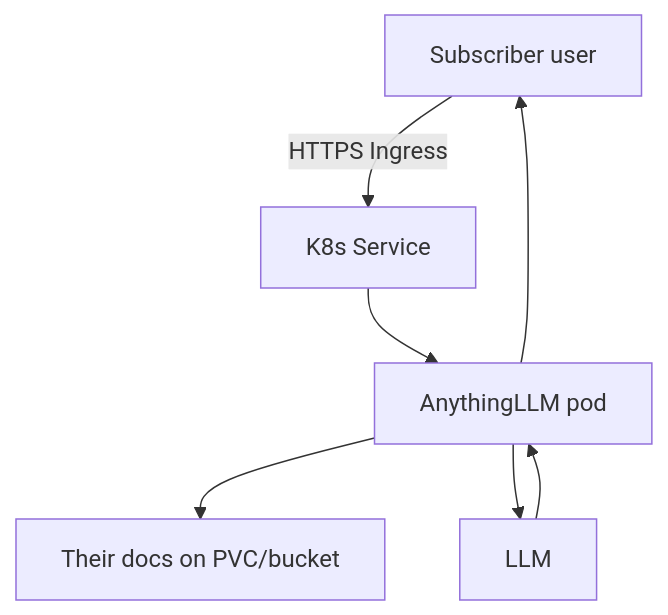
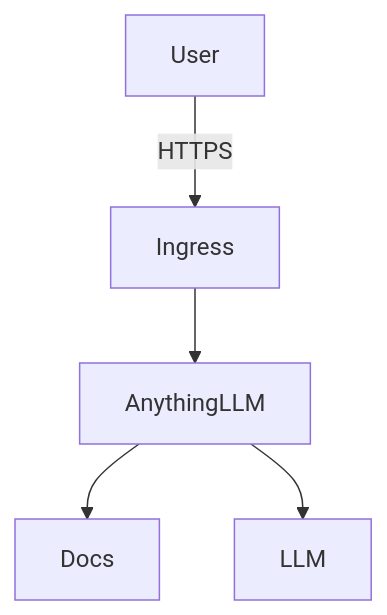
One commit to cameronhumdev/Autodesk-MCP changed the second of 3 diagrams in PLAN.md. Above: the diagram before and after it, drawn with Mermaid. The commit also changed other lines of this file, not shown here.

Commit message:
Tighten PLAN to scannable scope-only tables and flows.

````diff
--- a/PLAN.md
+++ b/PLAN.md
@@ -93,10 +76,7 @@
 ```mermaid
 flowchart TD
-  User[Subscriber user]
-  User -->|HTTPS Ingress| SVC[K8s Service]
-  SVC --> ALLM[AnythingLLM pod]
-  ALLM --> Docs[Their docs on PVC/bucket]
-  ALLM --> Brain[LLM]
-  Brain --> ALLM
-  ALLM --> User
+  U[User] -->|HTTPS| I[Ingress]
+  I --> A[AnythingLLM]
+  A --> D[Docs]
+  A --> L[LLM]
 ```
````
